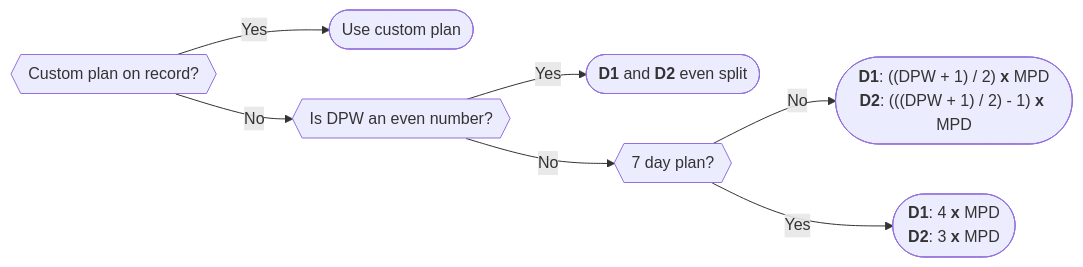
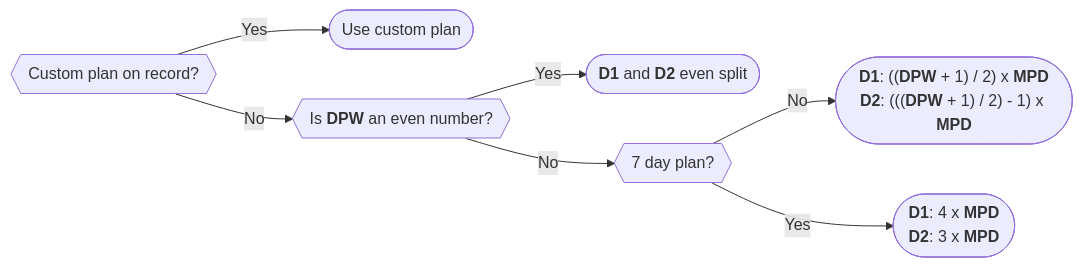
The diagram in tnm-docs/docs/Application/Features/meal-plan-generation.md (the-nutritionist-mcr/online), drawn with Mermaid before and after one commit. The commit also changed other lines of this file, not shown here.

Commit message:
tweak plan generation diagram

````diff
--- a/tnm-docs/docs/Application/Features/meal-plan-generation.md
+++ b/tnm-docs/docs/Application/Features/meal-plan-generation.md
@@ -35,11 +36,11 @@
 ```mermaid
 flowchart LR
     A{{Custom plan on record?}}-->|Yes|B([Use custom plan])
-    A-->|No|D{{Is DPW an even number?}}
+    A-->|No|D{{"`Is **DPW** an even number?`"}}
     D-->|Yes|E(["`**D1** and **D2** even split`"])
     D-->|No|F{{7 day plan?}}
-    F-->|No|G(["`**D1**: ((DPW + 1) / 2) **x** MPD
-    **D2**: (((DPW + 1) / 2) - 1) **x** MPD`"])
-    F-->|Yes|H(["`**D1**: 4 **x** MPD
-    **D2**: 3 **x** MPD`"])
+    F-->|No|G(["`**D1**: ((**DPW** + 1) / 2) x **MPD**
+    **D2**: (((**DPW** + 1) / 2) - 1) x **MPD**`"])
+    F-->|Yes|H(["`**D1**: 4 x **MPD**
+    **D2**: 3 x **MPD**`"])
 ```
````
